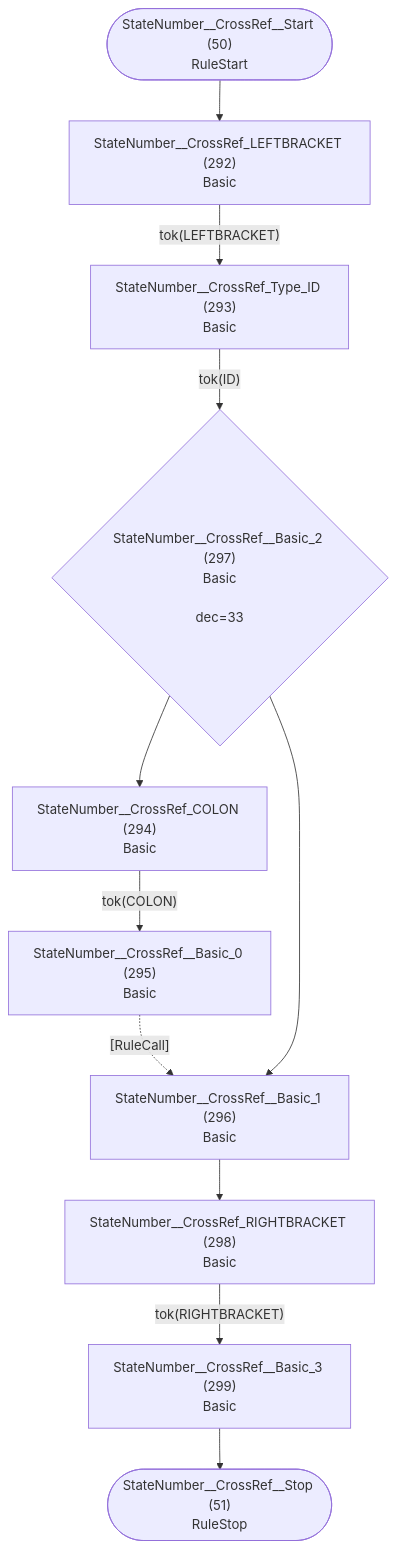
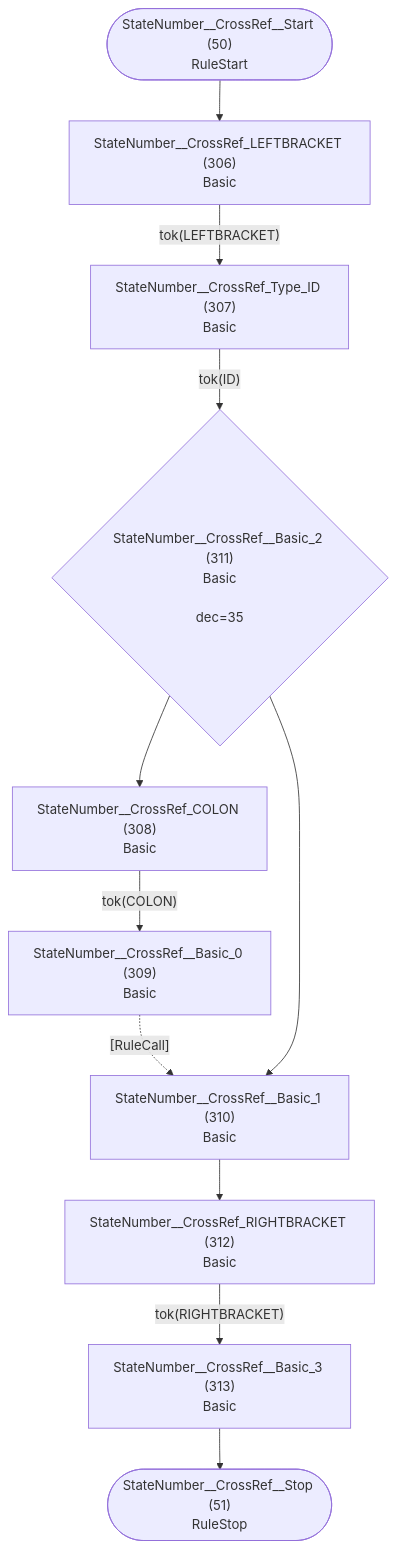
Before and after one commit to TypeFox/fastbelt: diagram 26 of 32 in internal/grammar/atn.md, drawn with Mermaid. The commit also changed other lines of this file and 21 other files, not shown here.

````diff
--- a/internal/grammar/atn.md
+++ b/internal/grammar/atn.md
@@ -758,24 +790,24 @@
 ```mermaid
 flowchart TD
     q50(["StateNumber__CrossRef__Start (50)<br/>RuleStart"])
     q51(["StateNumber__CrossRef__Stop (51)<br/>RuleStop"])
-    q292["StateNumber__CrossRef_LEFTBRACKET (292)<br/>Basic<br/>"]
-    q293["StateNumber__CrossRef_Type_ID (293)<br/>Basic<br/>"]
-    q294["StateNumber__CrossRef_COLON (294)<br/>Basic<br/>"]
-    q295["StateNumber__CrossRef__Basic_0 (295)<br/>Basic<br/>"]
-    q296["StateNumber__CrossRef__Basic_1 (296)<br/>Basic<br/>"]
-    q297{"StateNumber__CrossRef__Basic_2 (297)<br/>Basic<br/><br/>dec=33"}
-    q298["StateNumber__CrossRef_RIGHTBRACKET (298)<br/>Basic<br/>"]
-    q299["StateNumber__CrossRef__Basic_3 (299)<br/>Basic<br/>"]
+    q306["StateNumber__CrossRef_LEFTBRACKET (306)<br/>Basic<br/>"]
+    q307["StateNumber__CrossRef_Type_ID (307)<br/>Basic<br/>"]
+    q308["StateNumber__CrossRef_COLON (308)<br/>Basic<br/>"]
+    q309["StateNumber__CrossRef__Basic_0 (309)<br/>Basic<br/>"]
+    q310["StateNumber__CrossRef__Basic_1 (310)<br/>Basic<br/>"]
+    q311{"StateNumber__CrossRef__Basic_2 (311)<br/>Basic<br/><br/>dec=35"}
+    q312["StateNumber__CrossRef_RIGHTBRACKET (312)<br/>Basic<br/>"]
+    q313["StateNumber__CrossRef__Basic_3 (313)<br/>Basic<br/>"]
 
-    q50 --> q292
-    q292 -->|"tok(LEFTBRACKET)"| q293
-    q293 -->|"tok(ID)"| q297
-    q294 -->|"tok(COLON)"| q295
-    q295 -.->|"[RuleCall]"| q296
-    q296 --> q298
-    q297 --> q294
-    q297 --> q296
-    q298 -->|"tok(RIGHTBRACKET)"| q299
-    q299 --> q51
+    q50 --> q306
+    q306 -->|"tok(LEFTBRACKET)"| q307
+    q307 -->|"tok(ID)"| q311
+    q308 -->|"tok(COLON)"| q309
+    q309 -.->|"[RuleCall]"| q310
+    q310 --> q312
+    q311 --> q308
+    q311 --> q310
+    q312 -->|"tok(RIGHTBRACKET)"| q313
+    q313 --> q51
 ```
````
